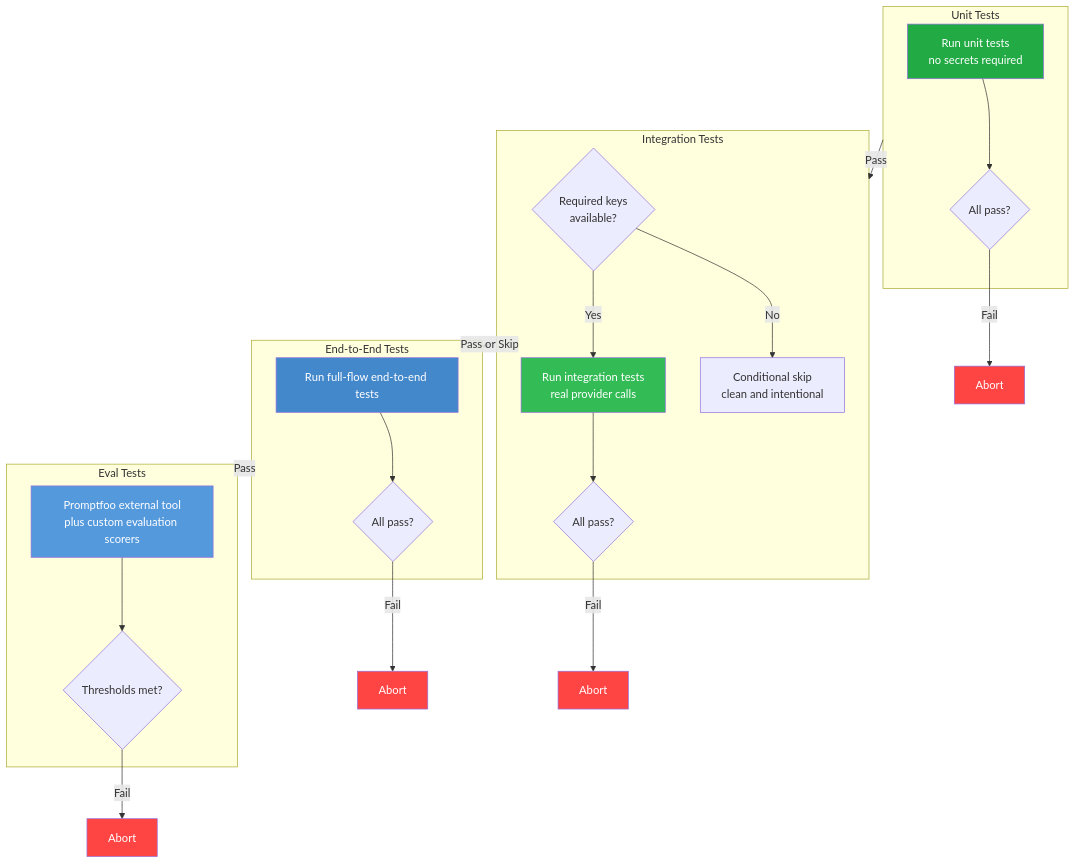
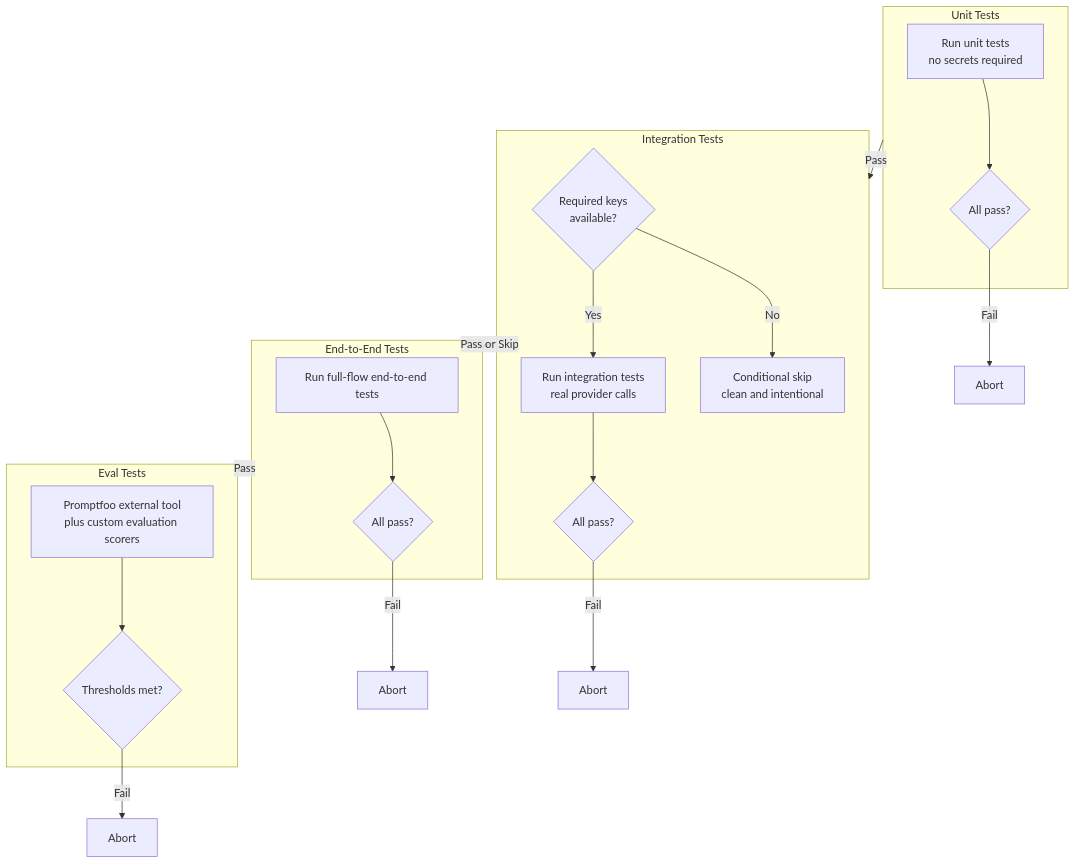
One commit to 1qh/safeagent changed the fifth of 14 diagrams in plan/testing.md. Above: the diagram before and after it, drawn with Mermaid. The commit also changed other lines of this file and 43 other files, not shown here.

Commit message:
Phase 3 compression: strip non-semantic separators and Mermaid style metadata

````diff
--- a/plan/testing.md
+++ b/plan/testing.md
@@ -168,47 +141,39 @@
 ```mermaid
 flowchart TD
     subgraph UNIT_STAGE["Unit Tests"]
         UNIT_RUN["Run unit tests\nno secrets required"]
         UNIT_CHECK{"All pass?"}
         UNIT_RUN --> UNIT_CHECK
     end
 
     subgraph INTEGRATION_STAGE["Integration Tests"]
         KEY_GATE{"Required keys\navailable?"}
         INTEGRATION_SKIP["Conditional skip\nclean and intentional"]
         INTEGRATION_RUN["Run integration tests\nreal provider calls"]
         INTEGRATION_CHECK{"All pass?"}
         KEY_GATE -->|No| INTEGRATION_SKIP
         KEY_GATE -->|Yes| INTEGRATION_RUN --> INTEGRATION_CHECK
     end
 
     subgraph END_TO_END_STAGE["End-to-End Tests"]
         END_TO_END_RUN_STAGE["Run full-flow end-to-end tests"]
         END_TO_END_CHECK_STAGE{"All pass?"}
         END_TO_END_RUN_STAGE --> END_TO_END_CHECK_STAGE
     end
 
     subgraph EVAL_STAGE["Eval Tests"]
         EVAL_RUN_STAGE["Promptfoo external tool\nplus custom evaluation scorers"]
         EVAL_CHECK_STAGE{"Thresholds met?"}
         EVAL_RUN_STAGE --> EVAL_CHECK_STAGE
     end
 
     UNIT_STAGE -->|Pass| INTEGRATION_STAGE
     INTEGRATION_STAGE -->|Pass or Skip| END_TO_END_STAGE
     END_TO_END_STAGE -->|Pass| EVAL_STAGE
 
     UNIT_CHECK -->|Fail| ABORT_UNIT["Abort"]
     INTEGRATION_CHECK -->|Fail| ABORT_INTEGRATION["Abort"]
     END_TO_END_CHECK_STAGE -->|Fail| ABORT_END_TO_END["Abort"]
     EVAL_CHECK_STAGE -->|Fail| ABORT_EVAL["Abort"]
 
-    style ABORT_UNIT fill:#ff4444,color:#fff
-    style ABORT_INTEGRATION fill:#ff4444,color:#fff
-    style ABORT_END_TO_END fill:#ff4444,color:#fff
-    style ABORT_EVAL fill:#ff4444,color:#fff
-    style UNIT_RUN fill:#22aa44,color:#fff
-    style INTEGRATION_RUN fill:#33bb55,color:#fff
-    style END_TO_END_RUN_STAGE fill:#4488cc,color:#fff
-    style EVAL_RUN_STAGE fill:#5599dd,color:#fff
 ```
````
